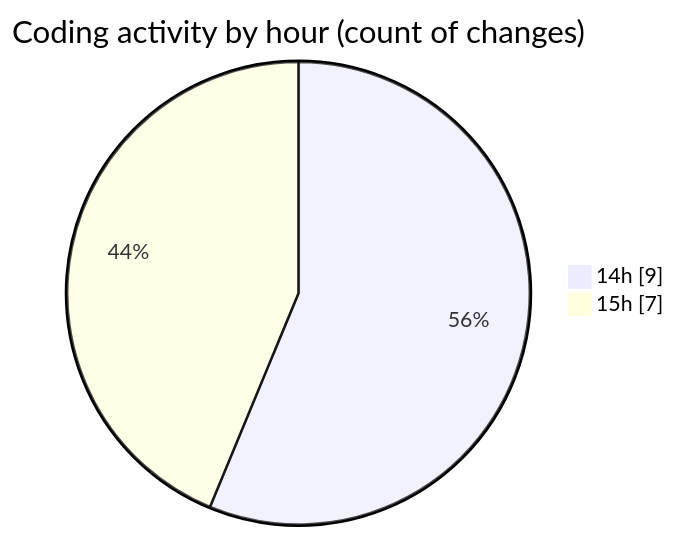
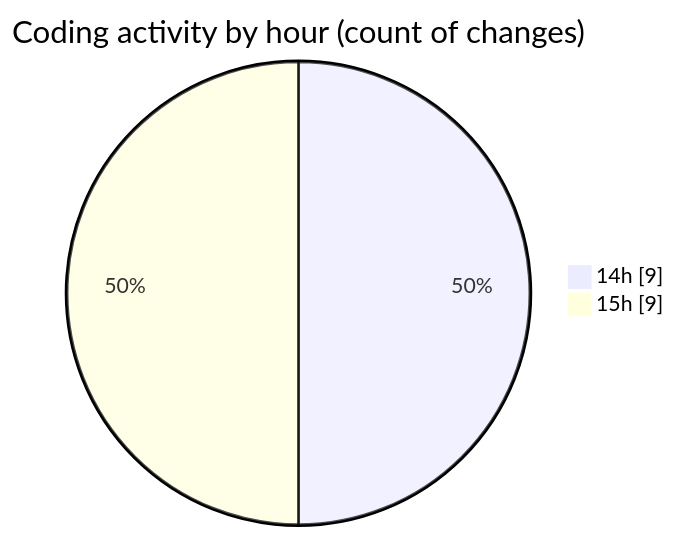
Before and after one commit to Ritupan-Deka/code-tracking: the second of 2 diagrams in 2025-06-17/projects/README.md, drawn with Mermaid. The commit also changed other lines of this file and 1 other file, not shown here.

````diff
--- a/2025-06-17/projects/README.md
+++ b/2025-06-17/projects/README.md
@@ -28,6 +28,6 @@
 ```mermaid
 pie showData
 title Coding activity by hour (count of changes)
 "14h" : 9
-"15h" : 7
+"15h" : 9
 ```
````
